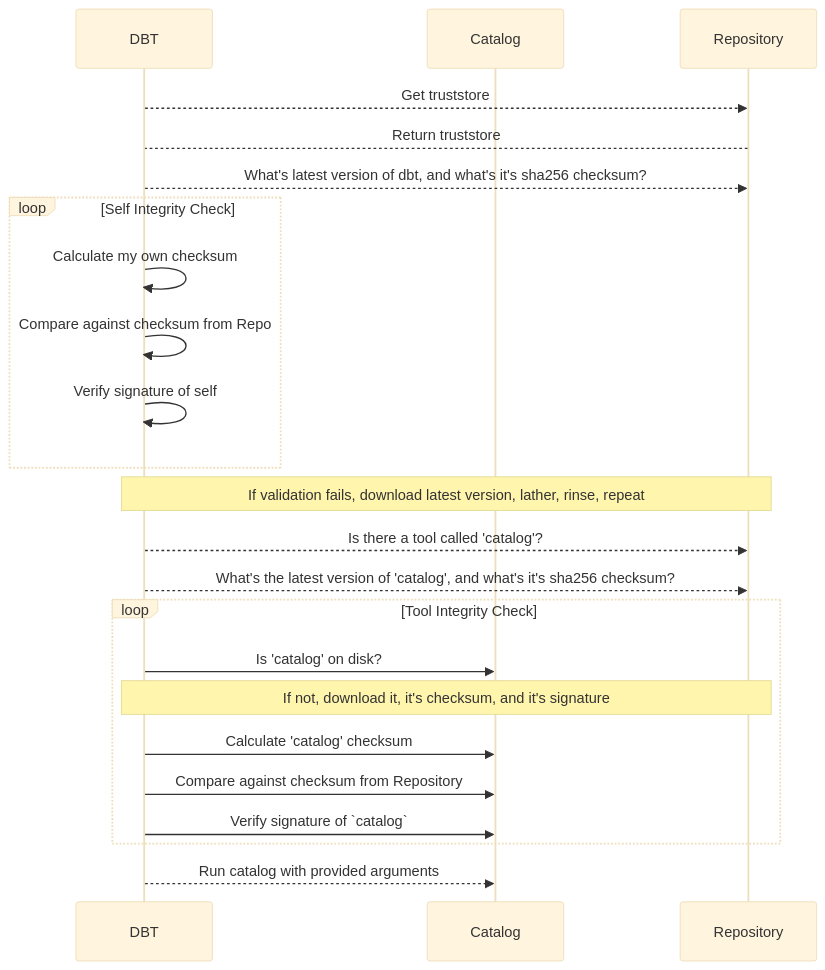
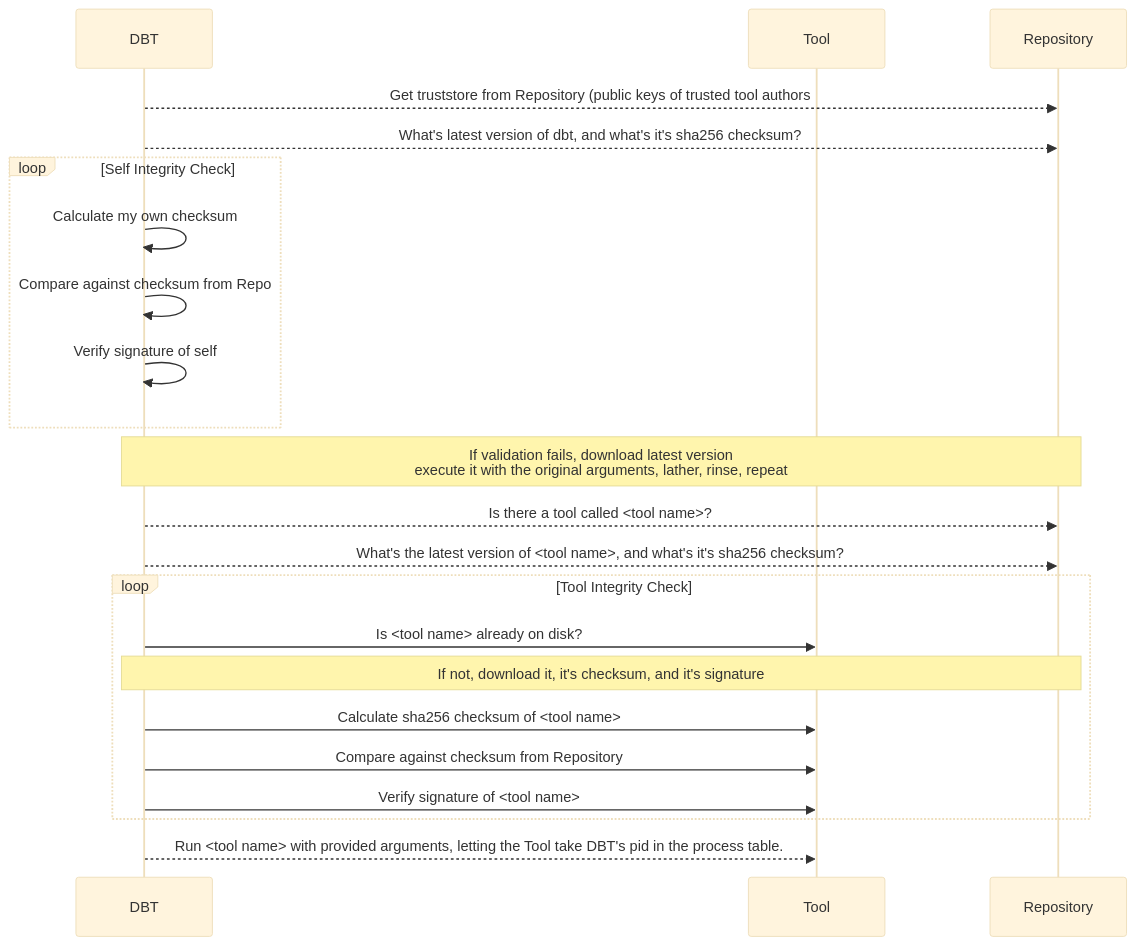
One commit to nikogura/dbt changed the diagram in README.md. Above: the diagram before and after it, drawn with Mermaid (base theme).

Commit message:
playing with mermaid

````diff
--- a/README.md
+++ b/README.md
@@ -45,26 +45,25 @@
 ```mermaid
 sequenceDiagram
     participant DBT
-    participant Catalog
+    participant Tool
     participant Repository
-    DBT-->>Repository: Get truststore
-    Repository-->DBT: Return truststore
+    DBT-->>Repository: Get truststore from Repository (public keys of trusted tool authors
     DBT-->>Repository: What's latest version of dbt, and what's it's sha256 checksum?
     loop Self Integrity Check
         DBT->>DBT: Calculate my own checksum
         DBT->>DBT: Compare against checksum from Repo
         DBT->>DBT: Verify signature of self
     end
-    Note over DBT,Repository: If validation fails, download latest version, lather, rinse, repeat
-    DBT-->>Repository: Is there a tool called 'catalog'?
-    DBT-->>Repository: What's the latest version of 'catalog', and what's it's sha256 checksum?
+    Note over DBT,Repository: If validation fails, download latest version<br>execute it with the original arguments, lather, rinse, repeat
+    DBT-->>Repository: Is there a tool called <tool name>?
+    DBT-->>Repository: What's the latest version of <tool name>, and what's it's sha256 checksum?
     loop Tool Integrity Check
-        DBT->>Catalog: Is 'catalog' on disk?
+        DBT->>Tool: Is <tool name> already on disk?
         Note over DBT,Repository: If not, download it, it's checksum, and it's signature
-        DBT->>Catalog: Calculate 'catalog' checksum
-        DBT->>Catalog: Compare against checksum from Repository
-        DBT->>Catalog: Verify signature of `catalog`
+        DBT->>Tool: Calculate sha256 checksum of <tool name>
+        DBT->>Tool: Compare against checksum from Repository
+        DBT->>Tool: Verify signature of <tool name>
     end
-    DBT-->>Catalog: Run catalog with provided arguments
+    DBT-->>Tool: Run <tool name> with provided arguments, letting the Tool take DBT's pid in the process table.
 
 ```
````
